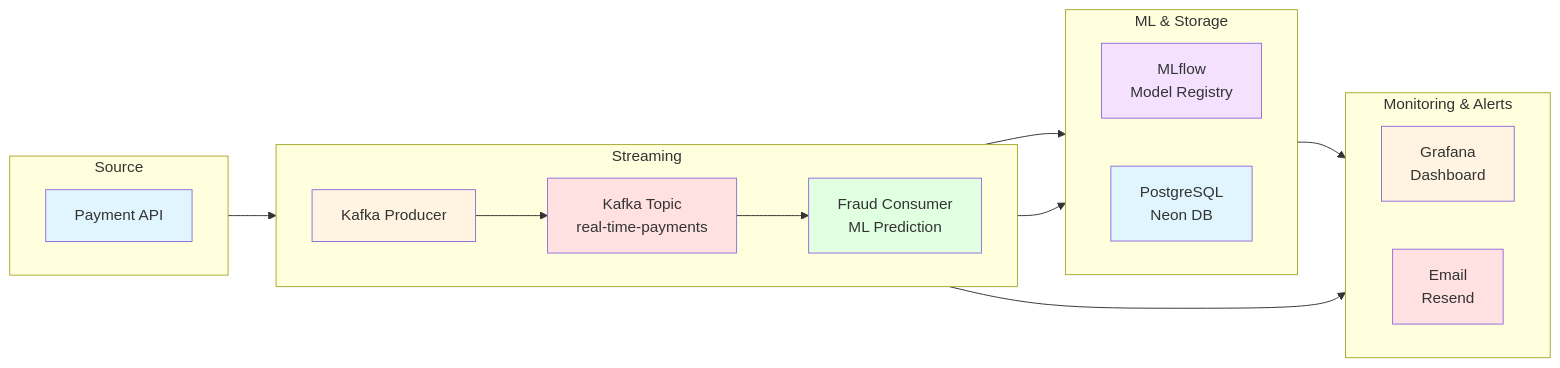
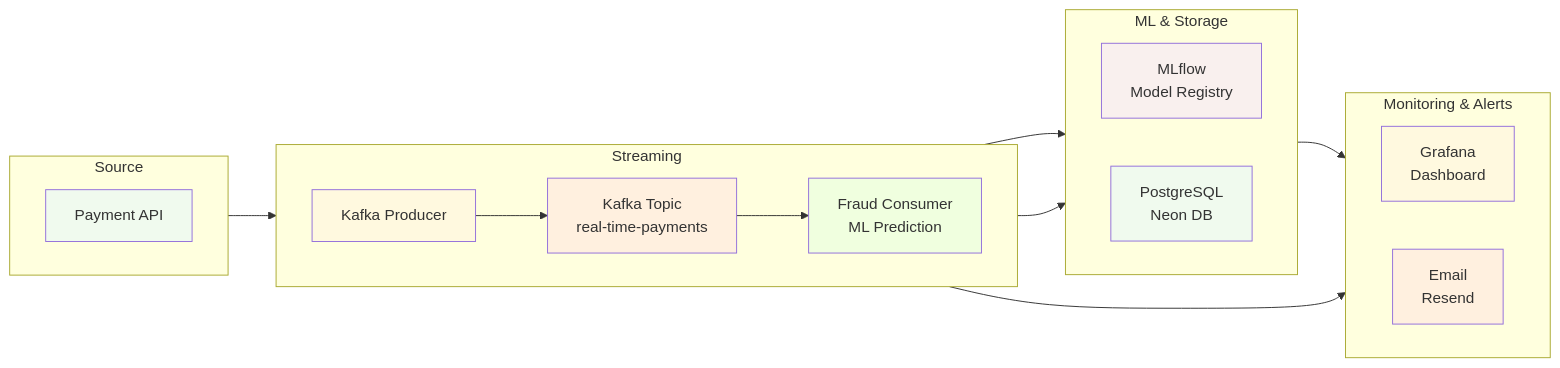
Before and after one commit to jefraudai/jefraudai: the first of 9 diagrams in Services/slidev/slides.md, drawn with Mermaid. The commit also changed other lines of this file and 1 other file, not shown here.

````diff
--- a/Services/slidev/slides.md
+++ b/Services/slidev/slides.md
@@ -43,41 +40,41 @@
 ```mermaid
 graph LR
     subgraph "Source"
         direction LR
         API[Payment API]
     end
 
     subgraph "Streaming"
         direction LR
         KP[Kafka Producer]
         KT[Kafka Topic<br/>real-time-payments]
         KC[Fraud Consumer<br/>ML Prediction]
     end
 
     subgraph "ML & Storage"
         direction LR
         ML[MLflow<br/>Model Registry]
         PG[PostgreSQL<br/>Neon DB]
     end
 
     subgraph "Monitoring & Alerts"
         direction LR
         GF[Grafana<br/>Dashboard]
         EM[Email<br/>Resend]
     end
 
     API --> KP --> KT --> KC
     KC --> PG
     KC --> ML
     PG --> GF
     KC --> EM
 
-    style API fill:#e1f5ff
-    style KP fill:#fff4e1
-    style KT fill:#ffe1e1
-    style KC fill:#e1ffe1
-    style ML fill:#f3e1ff
-    style PG fill:#e1f5ff
-    style GF fill:#fff4e1
-    style EM fill:#ffe1e1
+    style API fill:#e1f5ff,fill-opacity:0.5
+    style KP fill:#fff4e1,fill-opacity:0.5
+    style KT fill:#ffe1e1,fill-opacity:0.5
+    style KC fill:#e1ffe1,fill-opacity:0.5
+    style ML fill:#f3e1ff,fill-opacity:0.5
+    style PG fill:#e1f5ff,fill-opacity:0.5
+    style GF fill:#fff4e1,fill-opacity:0.5
+    style EM fill:#ffe1e1,fill-opacity:0.5
 ```
````
